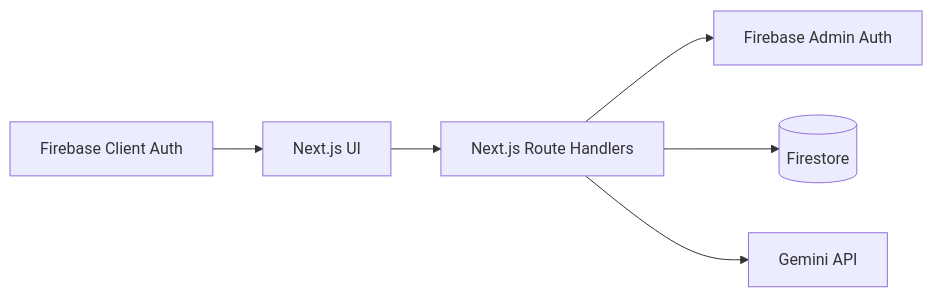
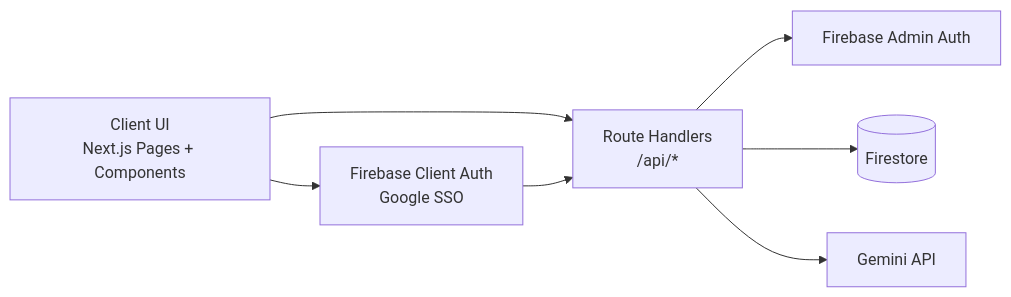
Before and after one commit to Mohammad-AlBaker-Zaytoun/Version-1--Mini-Library-Management-System-Challenge: the first of 4 diagrams in README.md, drawn with Mermaid. The commit also changed other lines of this file and 63 other files, not shown here.

````diff
--- a/README.md
+++ b/README.md
@@ -67,8 +52,9 @@
 ```mermaid
 flowchart LR
-  UI[Next.js UI] --> API[Next.js Route Handlers]
-  API --> AUTH[Firebase Admin Auth]
-  API --> DB[(Firestore)]
-  API --> AI[Gemini API]
-  CLIENT[Firebase Client Auth] --> UI
+  A[Client UI<br/>Next.js Pages + Components] --> B[Route Handlers<br/>/api/*]
+  A --> C[Firebase Client Auth<br/>Google SSO]
+  C --> B
+  B --> D[Firebase Admin Auth]
+  B --> E[(Firestore)]
+  B --> F[Gemini API]
 ```
````
